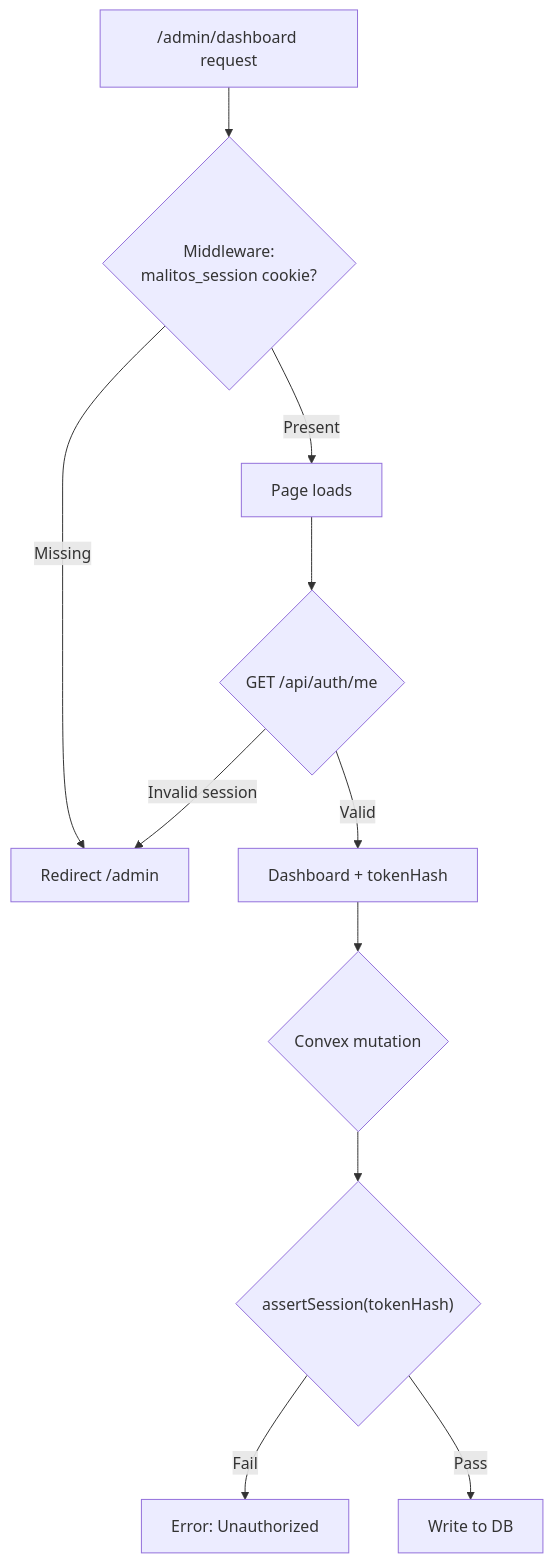
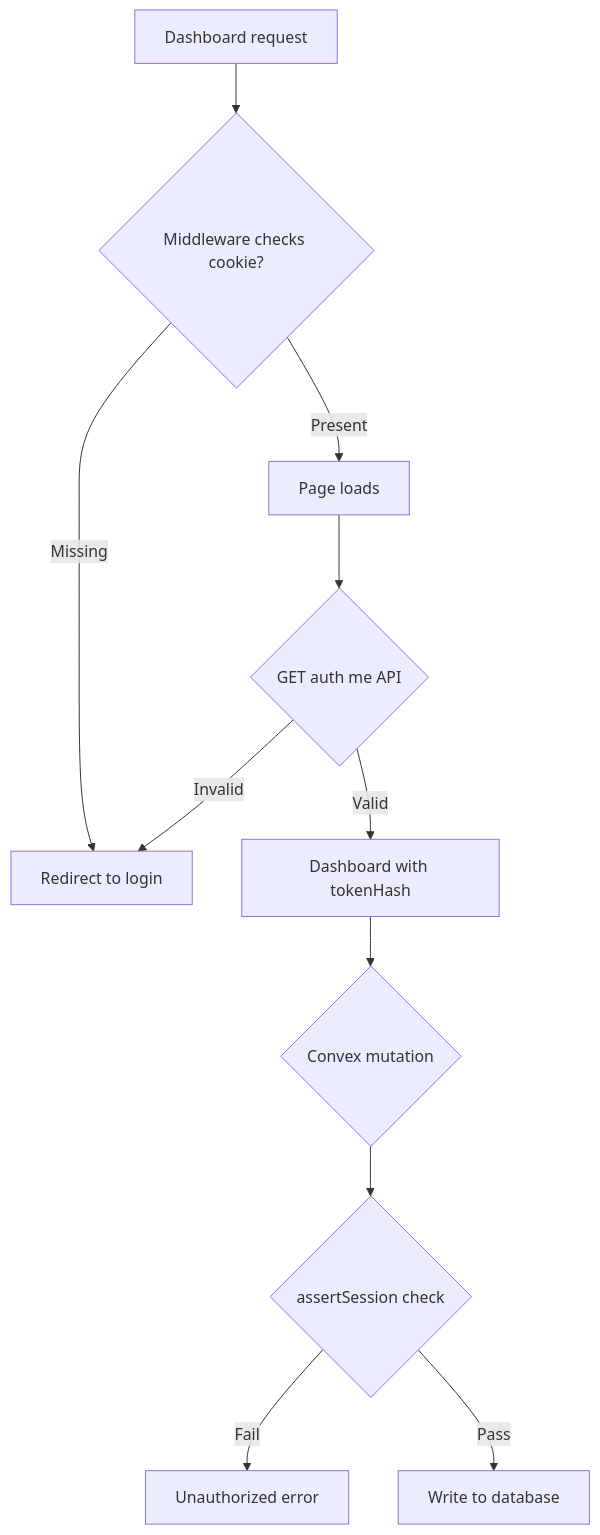
The ninth of 15 diagrams in README.md (mawlid1431/Portfolio), drawn with Mermaid before and after one commit. The commit also changed other lines of this file, not shown here.

````diff
--- a/README.md
+++ b/README.md
@@ -451,13 +469,13 @@
 ```mermaid
 flowchart TD
-  R["/admin/dashboard request"] --> M{"Middleware:<br/>malitos_session cookie?"}
-  M -->|Missing| L["Redirect /admin"]
+  R["Dashboard request"] --> M{"Middleware checks cookie?"}
+  M -->|Missing| L["Redirect to login"]
   M -->|Present| P["Page loads"]
-  P --> Q{"GET /api/auth/me"}
-  Q -->|Invalid session| L
-  Q -->|Valid| CMS["Dashboard + tokenHash"]
+  P --> Q{"GET auth me API"}
+  Q -->|Invalid| L
+  Q -->|Valid| CMS["Dashboard with tokenHash"]
   CMS --> W{"Convex mutation"}
-  W --> V{"assertSession(tokenHash)"}
-  V -->|Fail| E["Error: Unauthorized"]
-  V -->|Pass| OK["Write to DB"]
+  W --> V{"assertSession check"}
+  V -->|Fail| E["Unauthorized error"]
+  V -->|Pass| OK["Write to database"]
 ```
````
